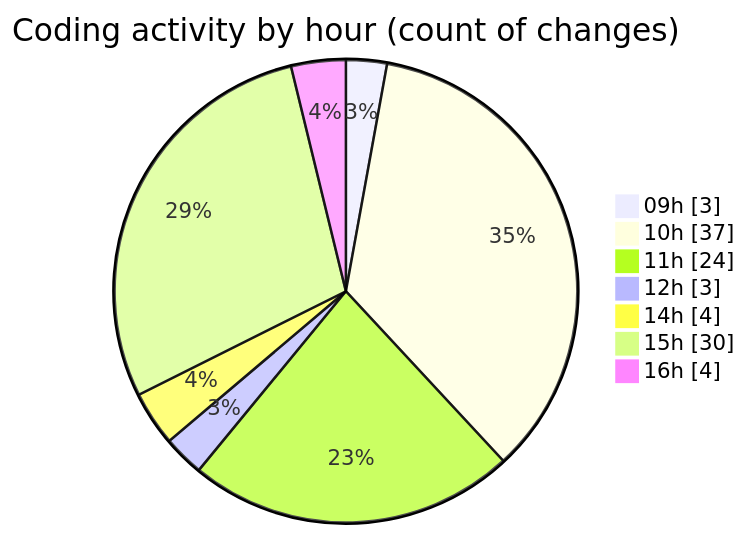
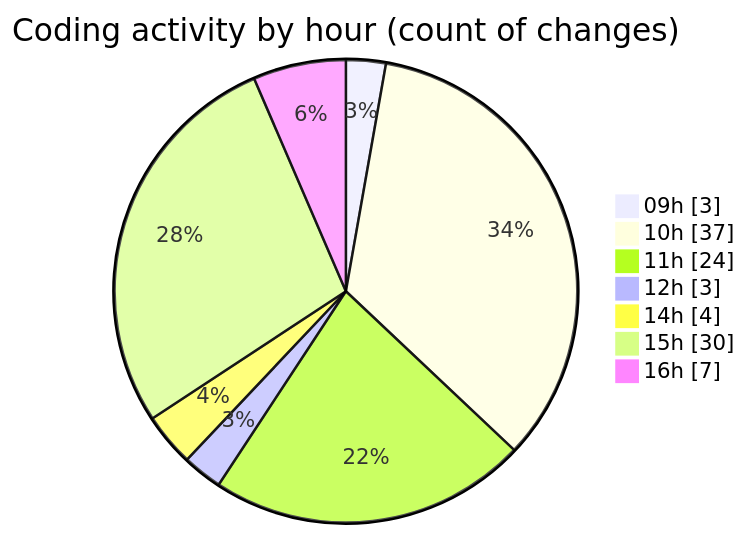
One commit to CELIANVF/code-tracking changed the second of 2 diagrams in 2025-05-02/ecodeli/README.md. Above: the diagram before and after it, drawn with Mermaid. The commit also changed other lines of this file and 1 other file, not shown here.

````diff
--- a/2025-05-02/ecodeli/README.md
+++ b/2025-05-02/ecodeli/README.md
@@ -79,11 +80,11 @@
 ```mermaid
 pie showData
 title Coding activity by hour (count of changes)
 "09h" : 3
 "10h" : 37
 "11h" : 24
 "12h" : 3
 "14h" : 4
 "15h" : 30
-"16h" : 4
+"16h" : 7
 ```
````
